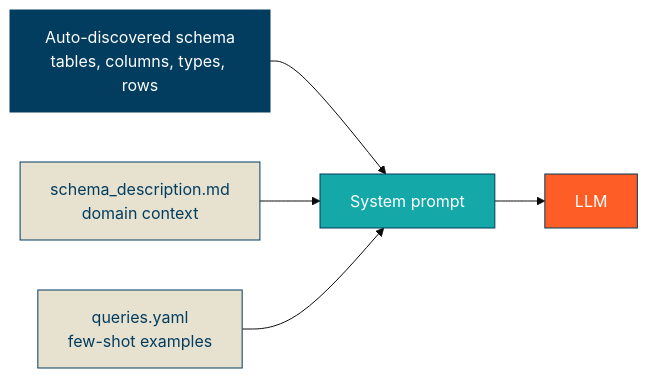
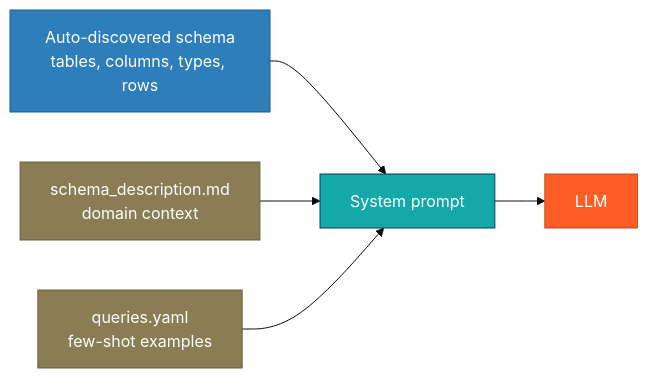
One commit to dsgrid/datasight changed the third of 3 diagrams in docs/tool-developer/architecture.md. Above: the diagram before and after it, drawn with Mermaid (base theme). The commit also changed 9 other files, not shown here.

````diff
--- a/docs/tool-developer/architecture.md
+++ b/docs/tool-developer/architecture.md
@@ -161,13 +161,13 @@
 ```mermaid
 flowchart LR
     A[Auto-discovered schema<br>tables, columns, types, rows] --> D[System prompt]
     B[schema_description.md<br>domain context] --> D
     C[queries.yaml<br>few-shot examples] --> D
     D --> E[LLM]
 
-    style A fill:#023d60,stroke:#023d60,color:#fff
-    style B fill:#e7e1cf,stroke:#023d60,color:#023d60
-    style C fill:#e7e1cf,stroke:#023d60,color:#023d60
+    style A fill:#2e7ebb,stroke:#1a5c8a,color:#fff
+    style B fill:#8a7d55,stroke:#6b6040,color:#fff
+    style C fill:#8a7d55,stroke:#6b6040,color:#fff
     style D fill:#15a8a8,stroke:#023d60,color:#fff
-    style E fill:#fe5d26,stroke:#023d60,color:#fff
+    style E fill:#fe5d26,stroke:#c44a1e,color:#fff
 ```
````
